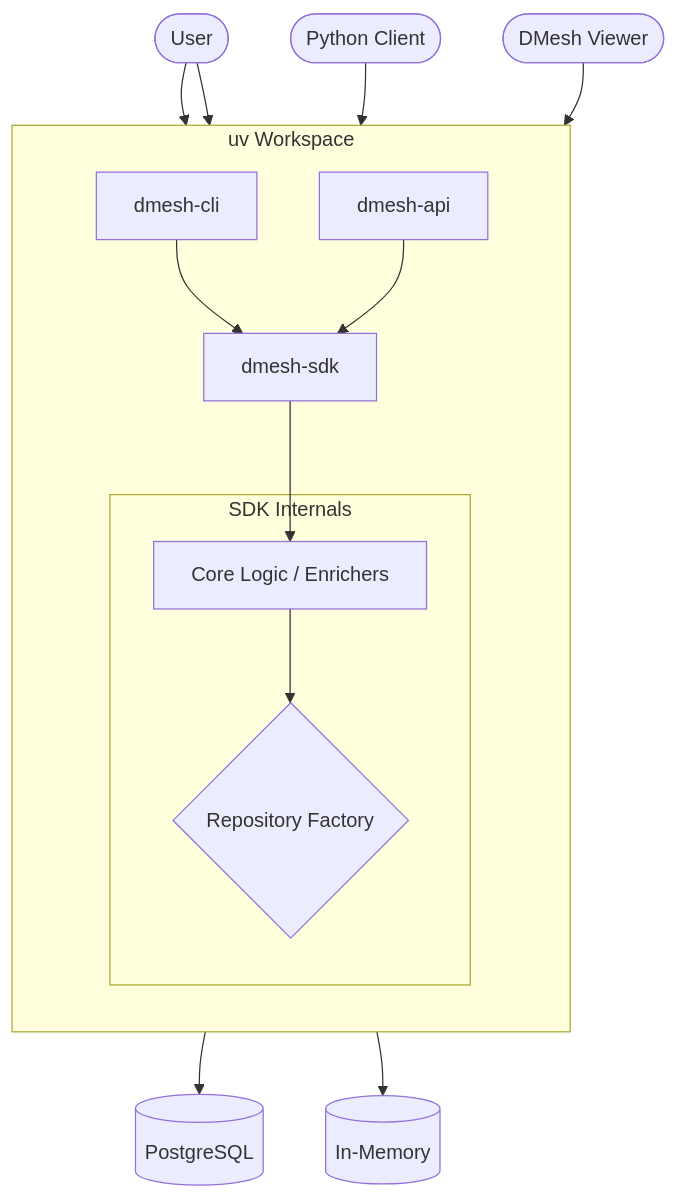
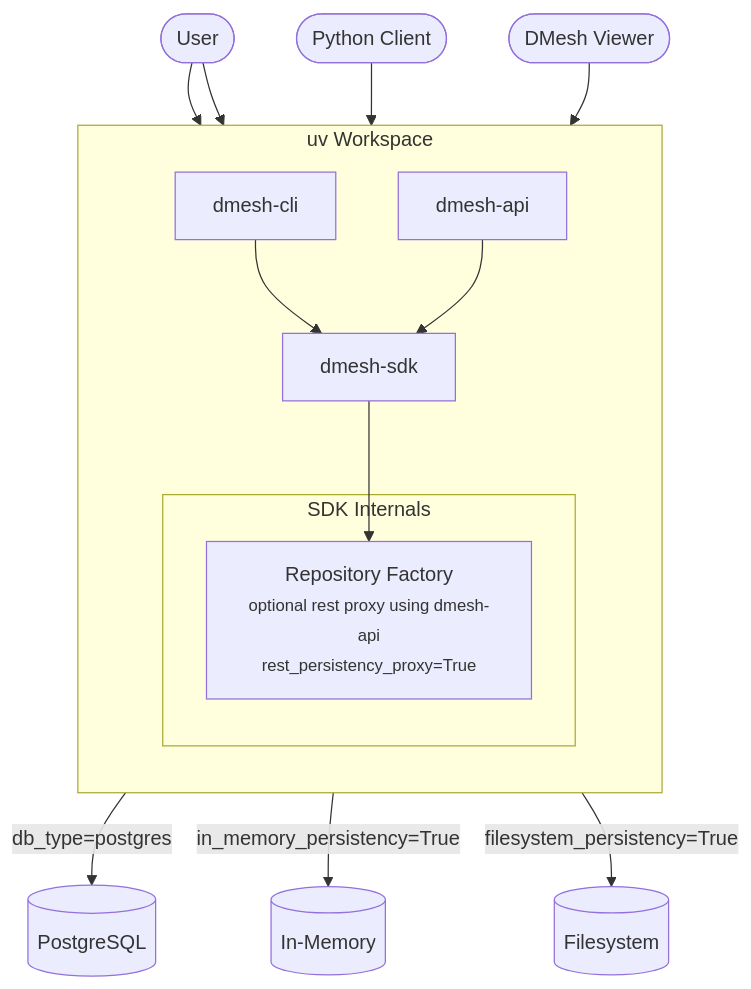
The diagram in README.md (dmesh-zone/dmesh-core), drawn with Mermaid before and after one commit. The commit also changed other lines of this file and 5 other files, not shown here.

````diff
--- a/README.md
+++ b/README.md
@@ -13,32 +13,31 @@
 ```mermaid
 graph TD
     User([User])
     Client([Python Client])
     Viewer([DMesh Viewer])
     
     subgraph Workspace [uv Workspace]
         direction TB
         CLI[dmesh-cli]
         API[dmesh-api]
         SDK[dmesh-sdk]
         
         subgraph SDK_Internals [SDK Internals]
-            Logic[Core Logic / Enrichers]
-            Factory{Repository Factory}
+            Factory["Repository Factory<br><small>optional rest proxy using dmesh-api<br>rest_persistency_proxy=True"] 
         end
         
         CLI --> SDK
         API --> SDK
-        SDK --> Logic
-        Logic --> Factory
+        SDK --> Factory
     end
     
     User --> CLI
     User --> API
     Client --> SDK
     Viewer --> API
     
-    Factory --> PG[(PostgreSQL)]
-    Factory --> MEM[(In-Memory)]
-    
+    Factory -- "db_type=postgres" --> PG[(PostgreSQL)]
+    Factory -- "in_memory_persistency=True" --> MEM[(In-Memory)]
+    Factory -- "filesystem_persistency=True" --> FS[(Filesystem)]
+
 ```
````
